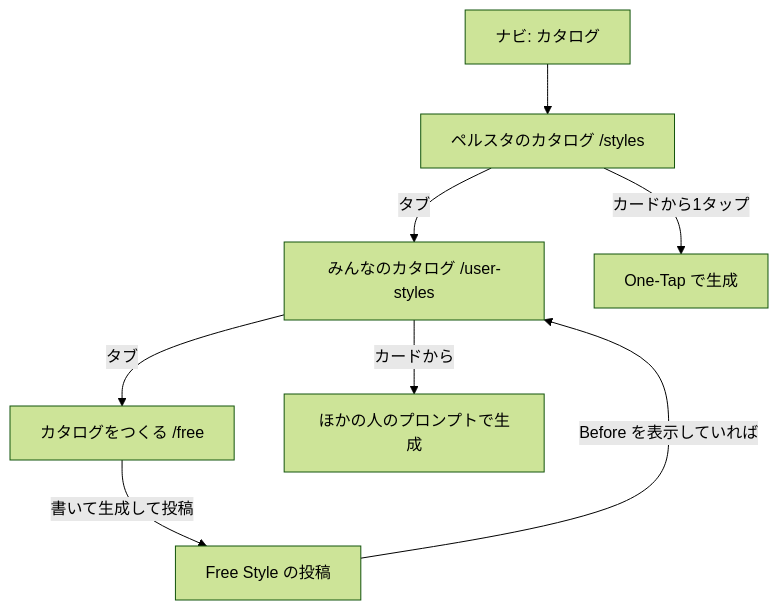
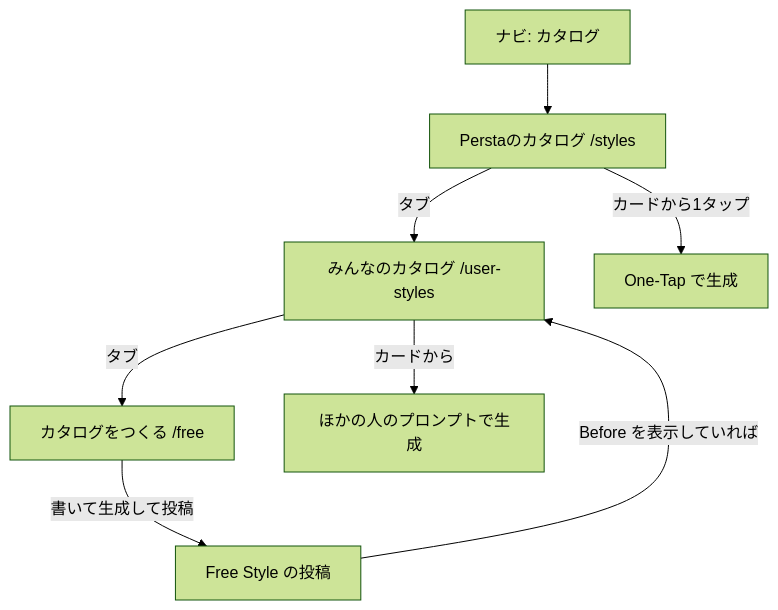
Before and after one commit to 3balljugglerYu/ai_coordinate: the first of 3 diagrams in docs/planning/catalog-three-tabs-implementation-plan.md, drawn with Mermaid (forest theme). The commit also changed other lines of this file and 20 other files, not shown here.

````diff
--- a/docs/planning/catalog-three-tabs-implementation-plan.md
+++ b/docs/planning/catalog-three-tabs-implementation-plan.md
@@ -113,10 +113,10 @@
 ```mermaid
 flowchart TD
-    Nav["ナビ: カタログ"] --> Persta["ペルスタのカタログ /styles"]
+    Nav["ナビ: カタログ"] --> Persta["Perstaのカタログ /styles"]
     Persta -->|"タブ"| Users["みんなのカタログ /user-styles"]
     Users -->|"タブ"| Create["カタログをつくる /free"]
     Persta -->|"カードから1タップ"| Gen1["One-Tap で生成"]
     Users -->|"カードから"| Gen2["ほかの人のプロンプトで生成"]
     Create -->|"書いて生成して投稿"| Post["Free Style の投稿"]
     Post -->|"Before を表示していれば"| Users
 ```
````
